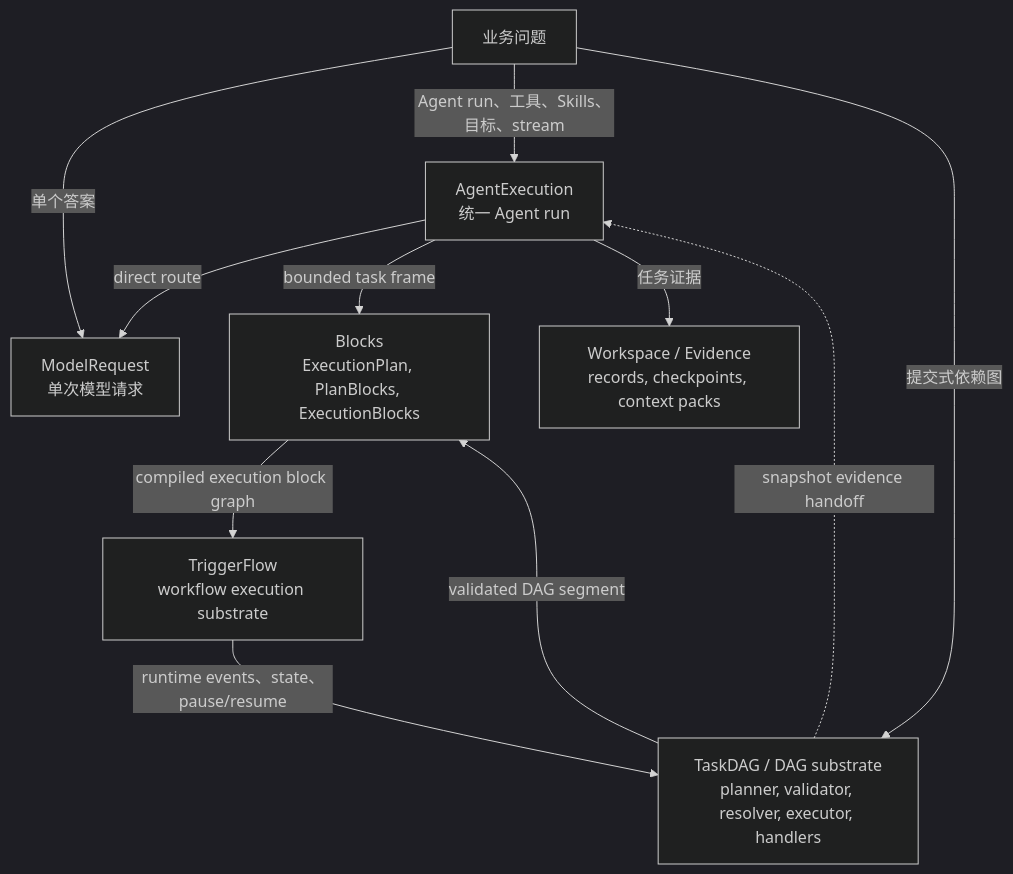
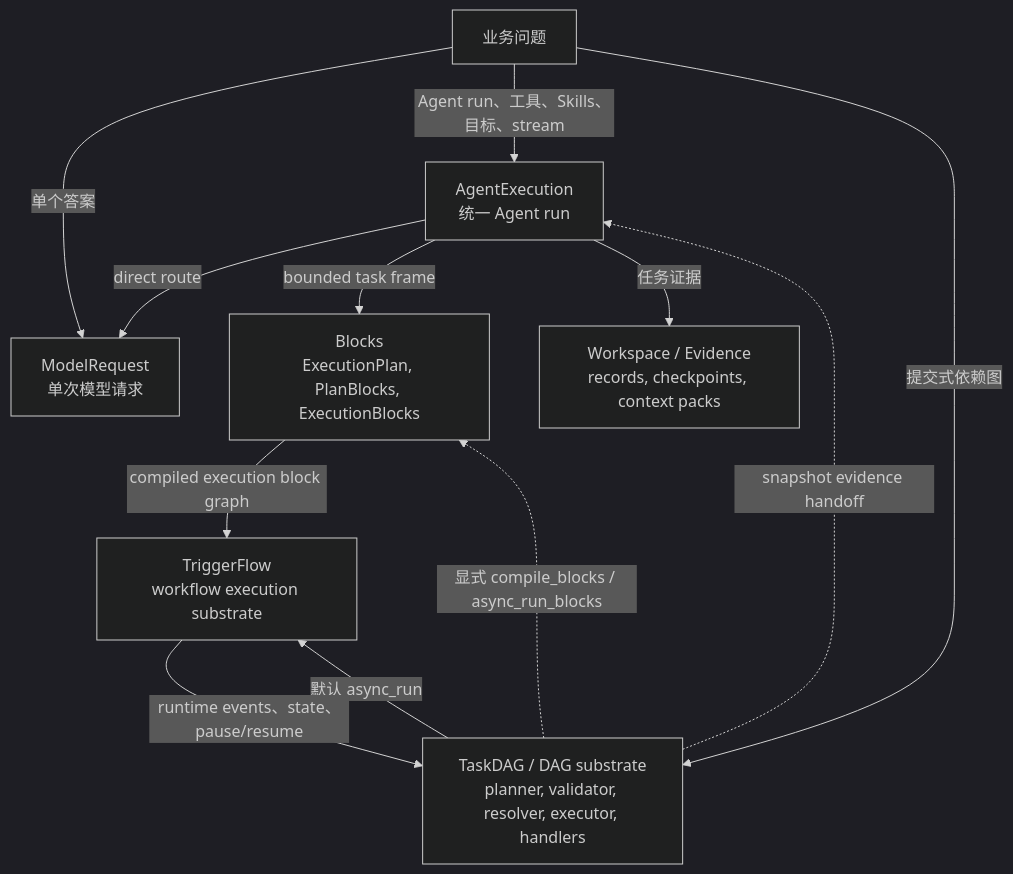
The first of 2 diagrams in docs/cn/reference/execution-layer-selection.md (reconsumeralization/Agently), drawn with Mermaid (dark theme) before and after one commit. The commit also changed other lines of this file and 26 other files, not shown here.

Commit message:
Align TaskDAG and TriggerFlow guidance

````diff
--- a/docs/cn/reference/execution-layer-selection.md
+++ b/docs/cn/reference/execution-layer-selection.md
@@ -18,21 +18,22 @@
 ```mermaid
 flowchart TD
     business["业务问题"]
     model_request["ModelRequest\n单次模型请求"]
     agent_execution["AgentExecution\n统一 Agent run"]
     task_dag["TaskDAG / DAG substrate\nplanner, validator, resolver, executor, handlers"]
     blocks["Blocks\nExecutionPlan, PlanBlocks, ExecutionBlocks"]
     triggerflow["TriggerFlow\nworkflow execution substrate"]
     workspace["Workspace / Evidence\nrecords, checkpoints, context packs"]
 
     business -->|"单个答案"| model_request
     business -->|"Agent run、工具、Skills、目标、stream"| agent_execution
     business -->|"提交式依赖图"| task_dag
     agent_execution -->|"direct route"| model_request
     agent_execution -->|"bounded task frame"| blocks
-    task_dag -->|"validated DAG segment"| blocks
+    task_dag -->|"默认 async_run"| triggerflow
+    task_dag -.->|"显式 compile_blocks / async_run_blocks"| blocks
     blocks -->|"compiled execution block graph"| triggerflow
     agent_execution -->|"任务证据"| workspace
     task_dag -.->|"snapshot evidence handoff"| agent_execution
     triggerflow -->|"runtime events、state、pause/resume"| task_dag
 ```
````
